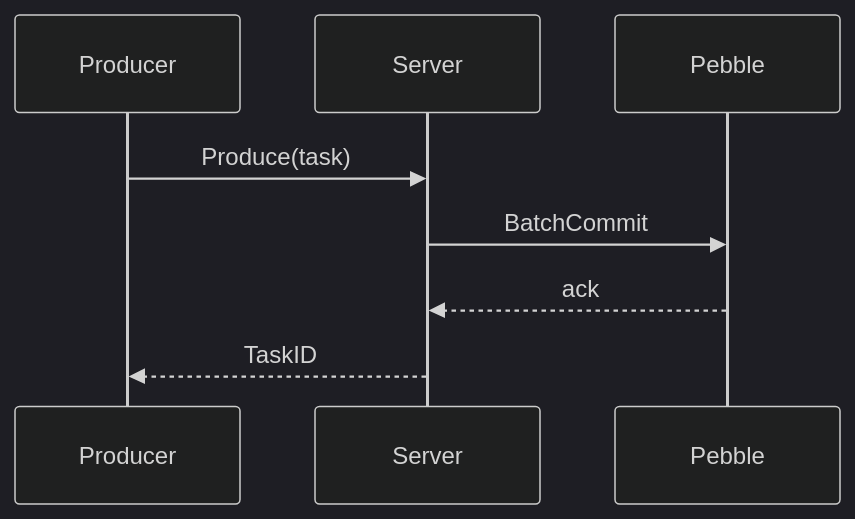
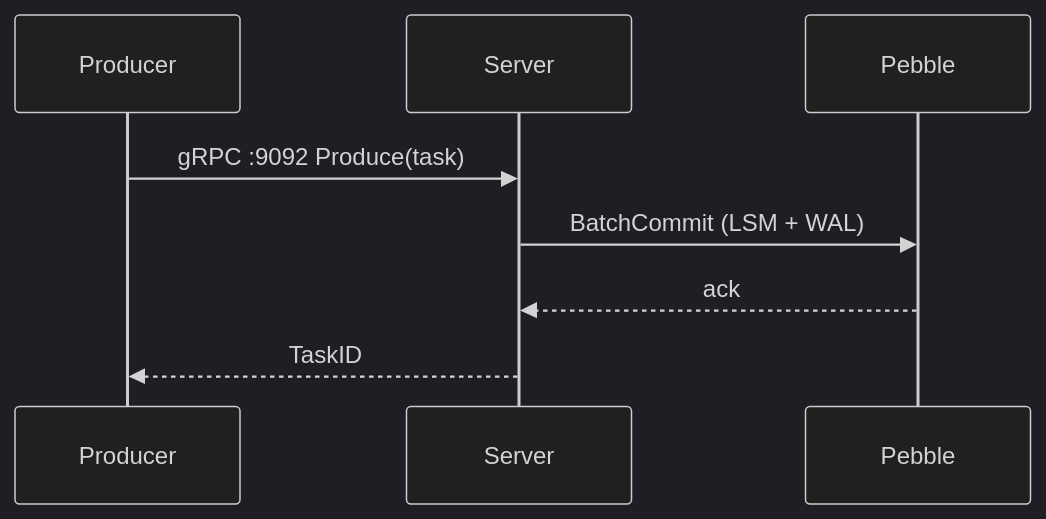
Before and after one commit to osvaldoandrade/codeq: the fourth of 5 diagrams in docs/_STYLE.md, drawn with Mermaid (dark theme). The commit also changed other lines of this file, not shown here.

````diff
--- a/docs/_STYLE.md
+++ b/docs/_STYLE.md
@@ -192,10 +298,10 @@
 ```mermaid
 sequenceDiagram
   participant Producer
   participant Server
   participant Pebble
-  Producer->>Server: Produce(task)
-  Server->>Pebble: BatchCommit
+  Producer->>Server: gRPC :9092 Produce(task)
+  Server->>Pebble: BatchCommit (LSM + WAL)
   Pebble-->>Server: ack
   Server-->>Producer: TaskID
 ```
````
